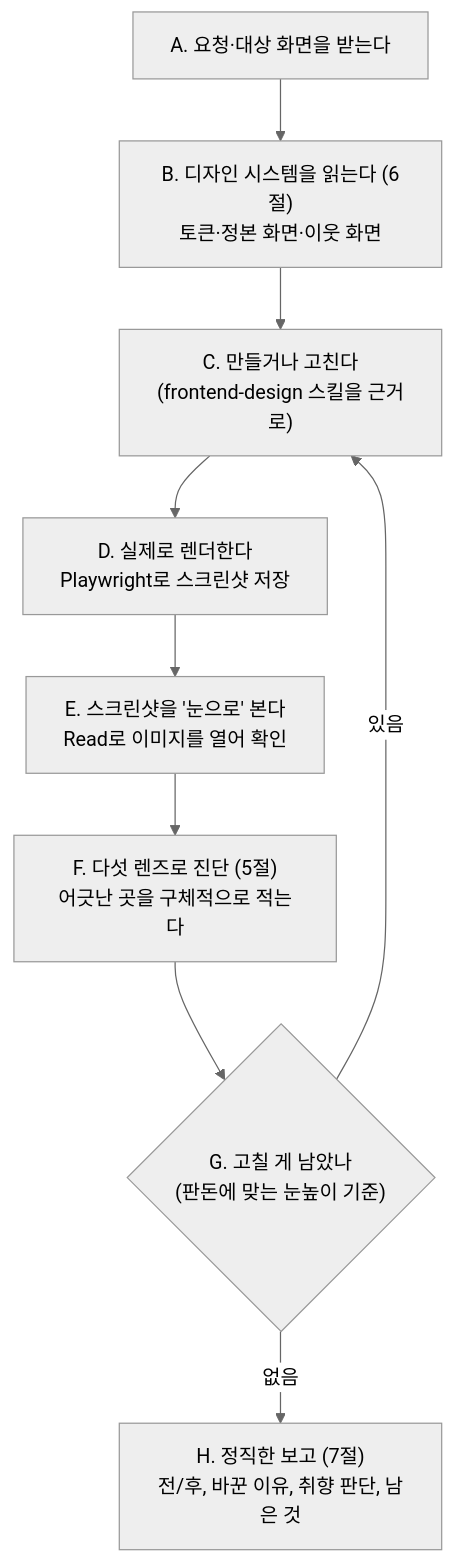
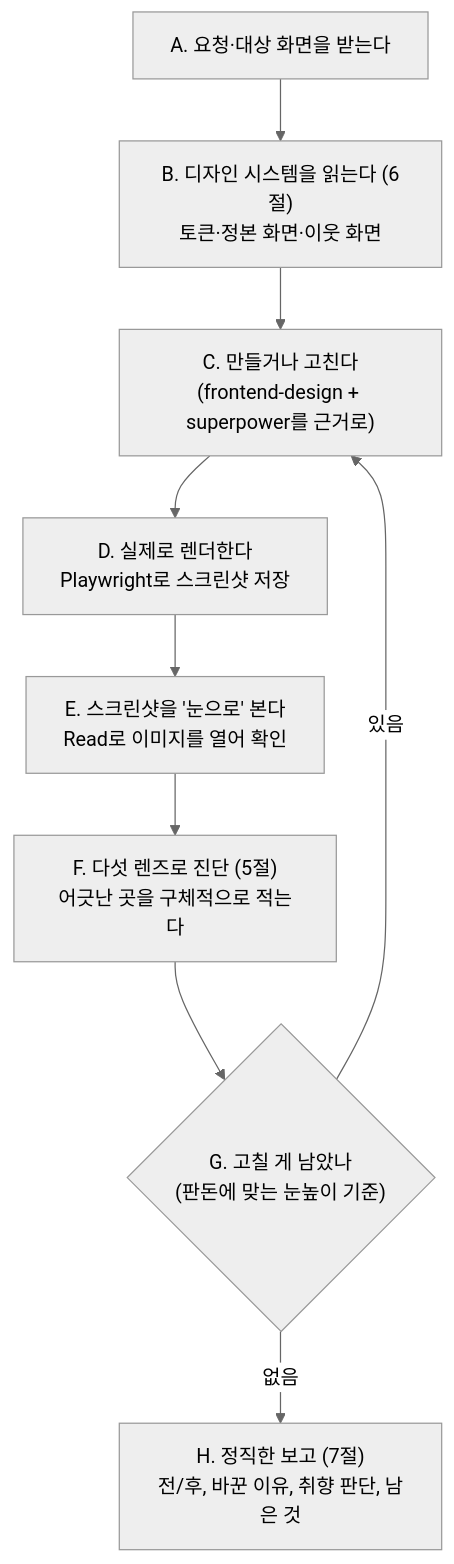
The diagram in .claude/agents/kimdesigner.md (GeonwooKim-fitogether/Template-repository), drawn with Mermaid (neutral theme) before and after one commit. The commit also changed other lines of this file, not shown here.

First line of the commit message:
feat(kimdesigner): 초기 디자인 단계에서 frontend-design + superpower 병행

````diff
--- a/.claude/agents/kimdesigner.md
+++ b/.claude/agents/kimdesigner.md
@@ -45,15 +46,15 @@
 ```mermaid
 flowchart TD
     A["A. 요청·대상 화면을 받는다"]
     B["B. 디자인 시스템을 읽는다 (6절)<br/>토큰·정본 화면·이웃 화면"]
-    C["C. 만들거나 고친다<br/>(frontend-design 스킬을 근거로)"]
+    C["C. 만들거나 고친다<br/>(frontend-design + superpower를 근거로)"]
     D["D. 실제로 렌더한다<br/>Playwright로 스크린샷 저장"]
     E["E. 스크린샷을 '눈으로' 본다<br/>Read로 이미지를 열어 확인"]
     F["F. 다섯 렌즈로 진단 (5절)<br/>어긋난 곳을 구체적으로 적는다"]
     G{"G. 고칠 게 남았나<br/>(판돈에 맞는 눈높이 기준)"}
     H["H. 정직한 보고 (7절)<br/>전/후, 바꾼 이유, 취향 판단, 남은 것"]
 
     A --> B --> C --> D --> E --> F --> G
     G -->|"있음"| C
     G -->|"없음"| H
 ```
````
